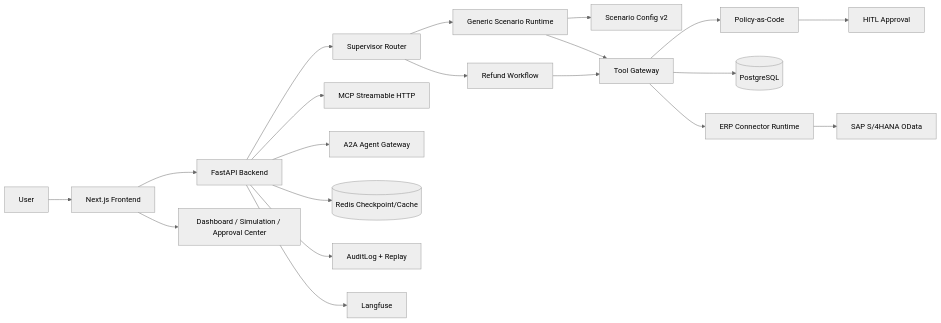
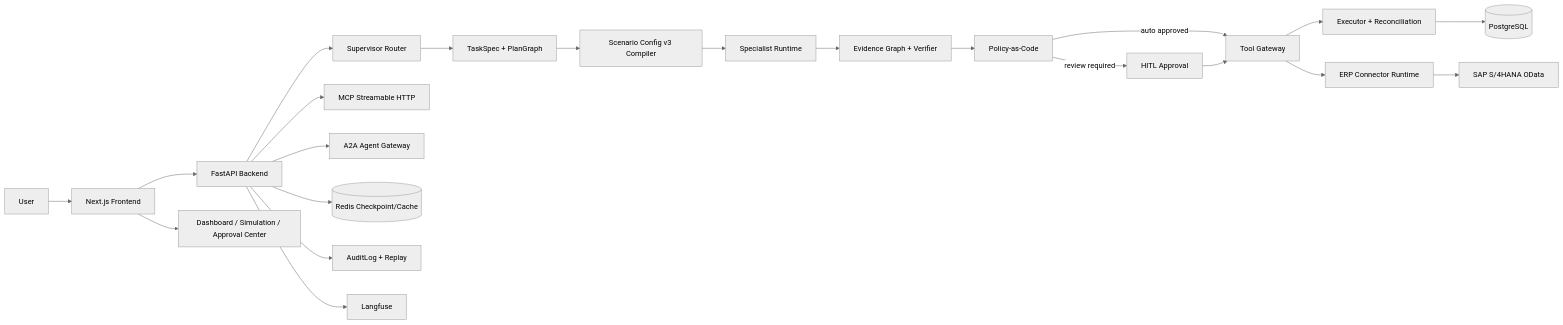
The diagram in README.md (Milozzz/enterprise-ticket-agent), drawn with Mermaid (neutral theme) before and after one commit. The commit also changed other lines of this file and 101 other files, not shown here.

````diff
--- a/README.md
+++ b/README.md
@@ -55,22 +68,24 @@
 ```mermaid
 flowchart LR
   U[User] --> F[Next.js Frontend]
   F --> B[FastAPI Backend]
   B --> S[Supervisor Router]
-  S --> R1[Refund Workflow]
-  S --> R2[Generic Scenario Runtime]
-  R2 --> C[Scenario Config v2]
-  R1 --> TG[Tool Gateway]
-  R2 --> TG
-  TG --> P[Policy-as-Code]
-  P --> H[HITL Approval]
-  TG --> DB[(PostgreSQL)]
+  S --> T[TaskSpec + PlanGraph]
+  T --> C[Scenario Config v3 Compiler]
+  C --> R[Specialist Runtime]
+  R --> E[Evidence Graph + Verifier]
+  E --> P[Policy-as-Code]
+  P -->|auto approved| TG[Tool Gateway]
+  P -->|review required| H[HITL Approval]
+  H --> TG
+  TG --> X[Executor + Reconciliation]
+  X --> DB[(PostgreSQL)]
   TG --> ERP[ERP Connector Runtime]
   ERP --> SAP[SAP S/4HANA OData]
   B --> MCP[MCP Streamable HTTP]
   B --> A2A[A2A Agent Gateway]
   B --> Redis[(Redis Checkpoint/Cache)]
   B --> A[AuditLog + Replay]
   B --> L[Langfuse]
   F --> D[Dashboard / Simulation / Approval Center]
 ```
````
